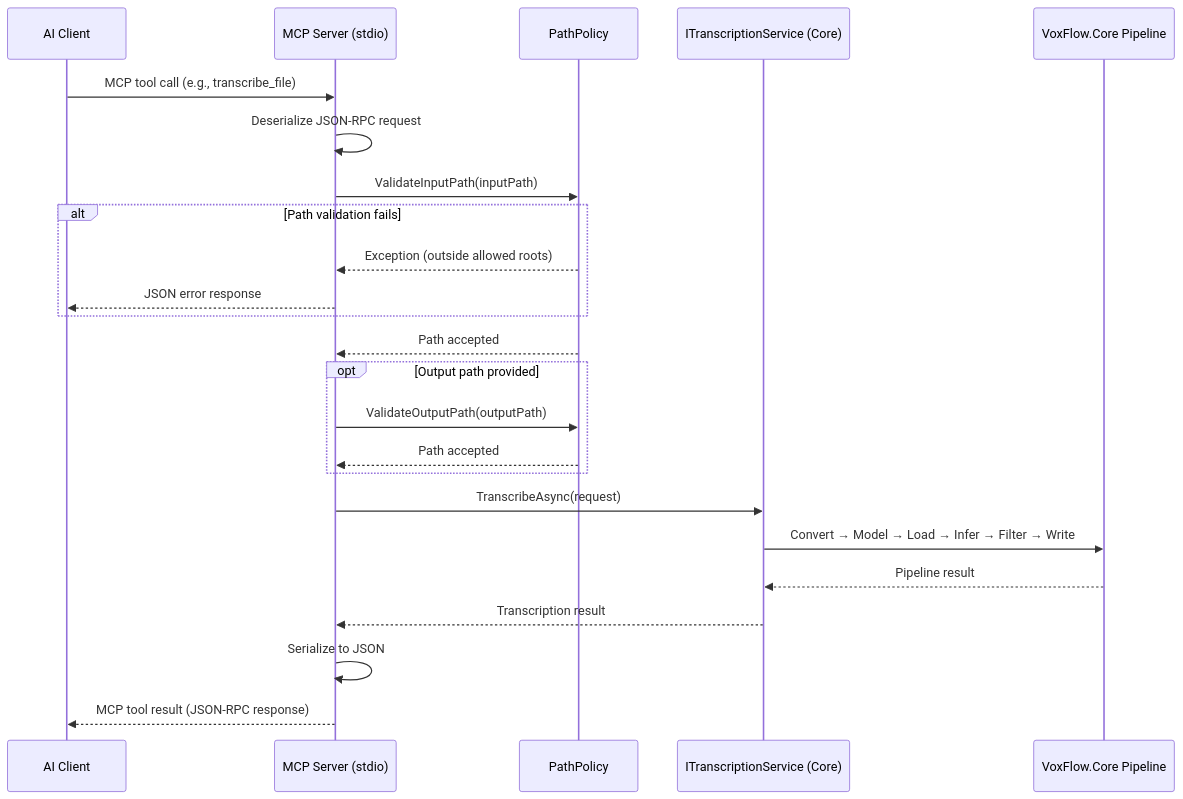
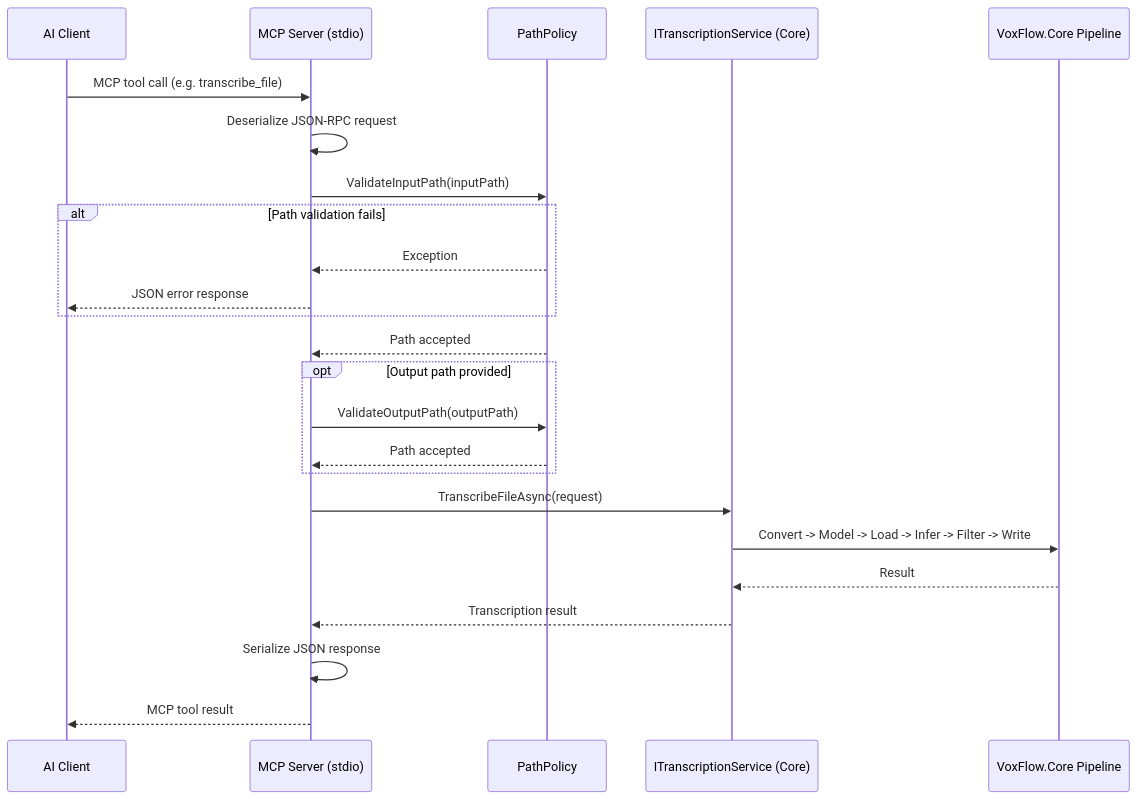
The fourth of 6 diagrams in docs/architecture/04-runtime-sequences.md (artemsemdev/VoxFlow), drawn with Mermaid before and after one commit. The commit also changed other lines of this file and 12 other files, not shown here.

````diff
--- a/docs/architecture/04-runtime-sequences.md
+++ b/docs/architecture/04-runtime-sequences.md
@@ -140,31 +105,31 @@
 ```mermaid
 sequenceDiagram
     participant AIClient as AI Client
     participant McpServer as MCP Server (stdio)
     participant PathPolicy
     participant ITranscription as ITranscriptionService (Core)
     participant Pipeline as VoxFlow.Core Pipeline
 
-    AIClient->>McpServer: MCP tool call (e.g., transcribe_file)
+    AIClient->>McpServer: MCP tool call (e.g. transcribe_file)
     McpServer->>McpServer: Deserialize JSON-RPC request
 
     McpServer->>PathPolicy: ValidateInputPath(inputPath)
     alt Path validation fails
-        PathPolicy-->>McpServer: Exception (outside allowed roots)
+        PathPolicy-->>McpServer: Exception
         McpServer-->>AIClient: JSON error response
     end
     PathPolicy-->>McpServer: Path accepted
 
     opt Output path provided
         McpServer->>PathPolicy: ValidateOutputPath(outputPath)
         PathPolicy-->>McpServer: Path accepted
     end
 
-    McpServer->>ITranscription: TranscribeAsync(request)
-    ITranscription->>Pipeline: Convert → Model → Load → Infer → Filter → Write
-    Pipeline-->>ITranscription: Pipeline result
+    McpServer->>ITranscription: TranscribeFileAsync(request)
+    ITranscription->>Pipeline: Convert -> Model -> Load -> Infer -> Filter -> Write
+    Pipeline-->>ITranscription: Result
     ITranscription-->>McpServer: Transcription result
 
-    McpServer->>McpServer: Serialize to JSON
-    McpServer-->>AIClient: MCP tool result (JSON-RPC response)
+    McpServer->>McpServer: Serialize JSON response
+    McpServer-->>AIClient: MCP tool result
 ```
````
